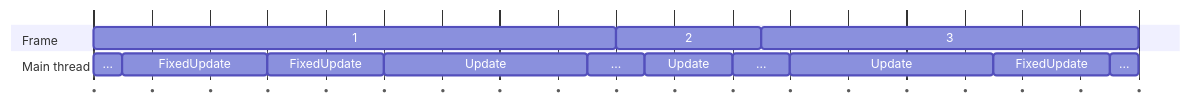
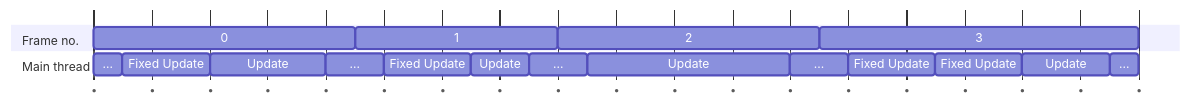
One commit to vertxxyz/help.vertx.xyz changed the first of 2 diagrams in Troubleshooter/Assets/Site/Info/FixedUpdate.md. Above: the diagram before and after it, drawn with Mermaid. The commit also changed other lines of this file and 7 other files, not shown here.

Commit message:
Fixes for mermaid diagram styles. Improvements to FixedUpdate and others.

````diff
--- a/Troubleshooter/Assets/Site/Info/FixedUpdate.md
+++ b/Troubleshooter/Assets/Site/Info/FixedUpdate.md
@@ -15,24 +20,28 @@
 ```mermaid
 ---
 displayMode: compact
 ---
 gantt
-    dateFormat  SSS
+    dateFormat SSS
     tickInterval 2millisecond
     axisFormat •
-    section Frame
-        1: 000, 18ms
-        2: 5ms
-        3: 13ms
+    section Frame no.
+        0: 000, 9ms
+        1: 7ms
+        2: 9ms
+        3: 11ms
     section Main thread
         ...: 000, 1ms
-        FixedUpdate: 5ms
-        FixedUpdate: 4ms
+        Fixed Update: 3ms
+        Update: 4ms
+        ...: 2ms
+        Fixed Update: 3ms
+        Update: 2ms
+        ...: 2ms
         Update: 7ms
         ...: 2ms
+        Fixed Update: 3ms
+        Fixed Update: 3ms
         Update: 3ms
-        ...: 2ms
-        Update: 7ms
-        FixedUpdate: 4ms
         ...: 1ms
 ```  
````
